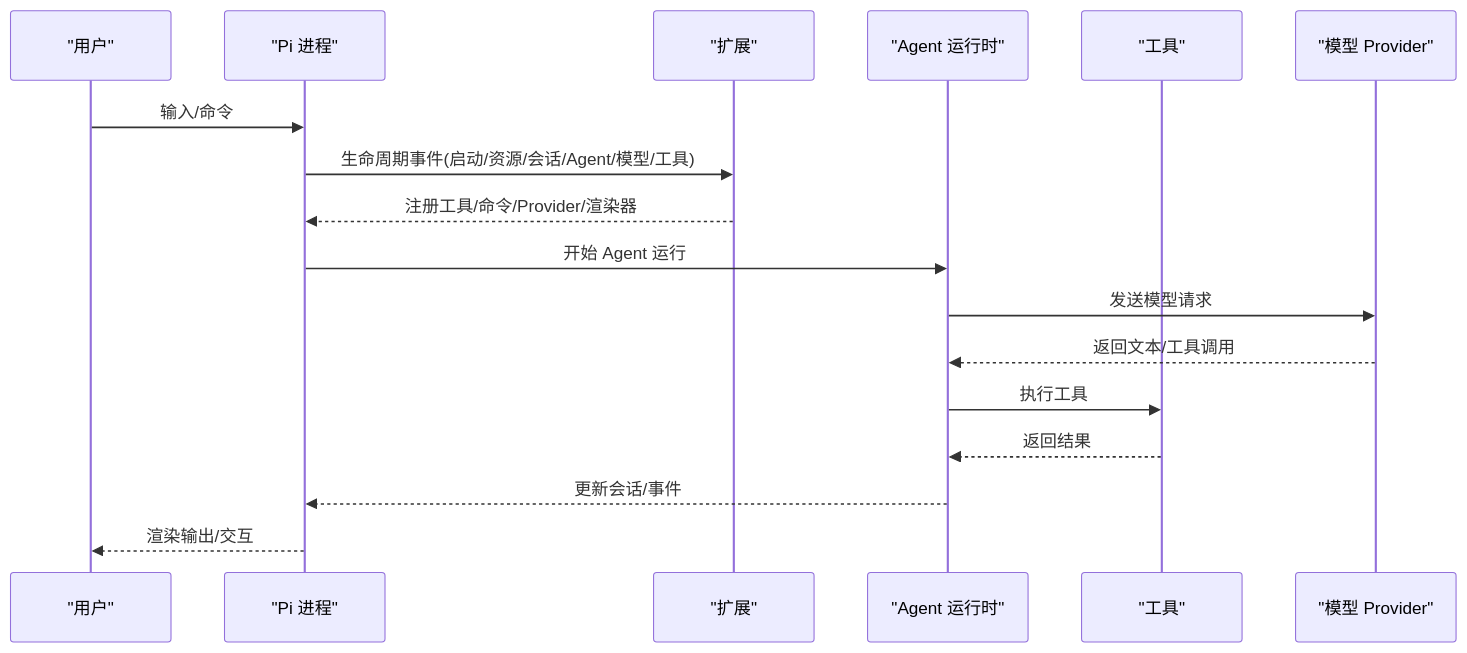
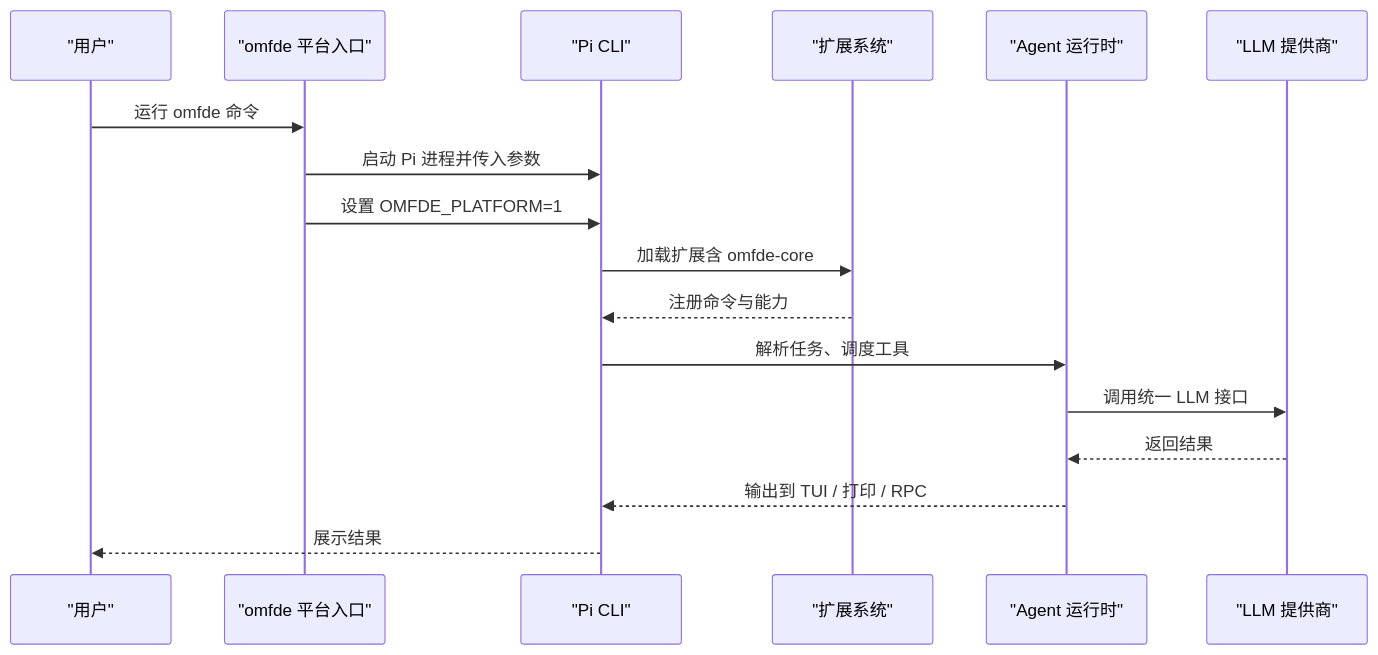
Before and after one commit to FDE-GROUP/oh-my-coding-agent: the second of 7 diagrams in .qoder/repowiki/zh/content/项目概述/项目介绍.md, drawn with Mermaid. The commit also changed other lines of this file and 755 other files, not shown here.

````diff
--- a/.qoder/repowiki/zh/content/项目概述/项目介绍.md
+++ b/.qoder/repowiki/zh/content/项目概述/项目介绍.md
@@ -200,19 +97,19 @@
 ```mermaid
 sequenceDiagram
-participant U as "用户"
-participant P as "Pi 进程"
-participant E as "扩展"
-participant A as "Agent 运行时"
-participant T as "工具"
-participant M as "模型 Provider"
-U->>P : 输入/命令
-P->>E : 生命周期事件(启动/资源/会话/Agent/模型/工具)
-E-->>P : 注册工具/命令/Provider/渲染器
-P->>A : 开始 Agent 运行
-A->>M : 发送模型请求
-M-->>A : 返回文本/工具调用
-A->>T : 执行工具
-T-->>A : 返回结果
-A-->>P : 更新会话/事件
-P-->>U : 渲染输出/交互
+participant User as "用户"
+participant OMFDE as "omfde 平台入口"
+participant PI as "Pi CLI"
+participant EXT as "扩展系统"
+participant AGENT as "Agent 运行时"
+participant LLM as "LLM 提供商"
+User->>OMFDE : 运行 omfde 命令
+OMFDE->>PI : 启动 Pi 进程并传入参数
+OMFDE->>PI : 设置 OMFDE_PLATFORM=1
+PI->>EXT : 加载扩展含 omfde-core
+EXT-->>PI : 注册命令与能力
+PI->>AGENT : 解析任务、调度工具
+AGENT->>LLM : 调用统一 LLM 接口
+LLM-->>AGENT : 返回结果
+AGENT-->>PI : 输出到 TUI / 打印 / RPC
+PI-->>User : 展示结果
 ```
````
